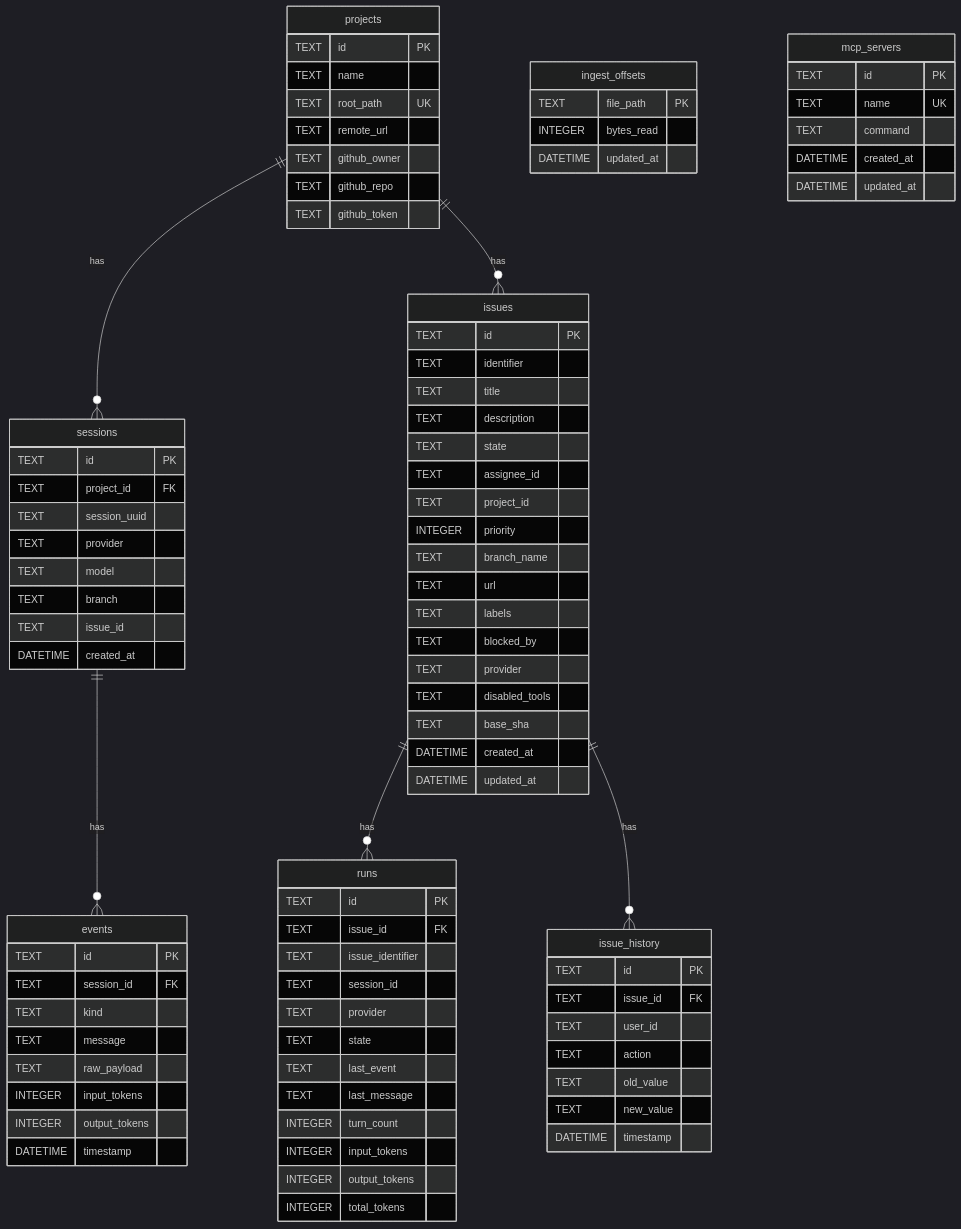
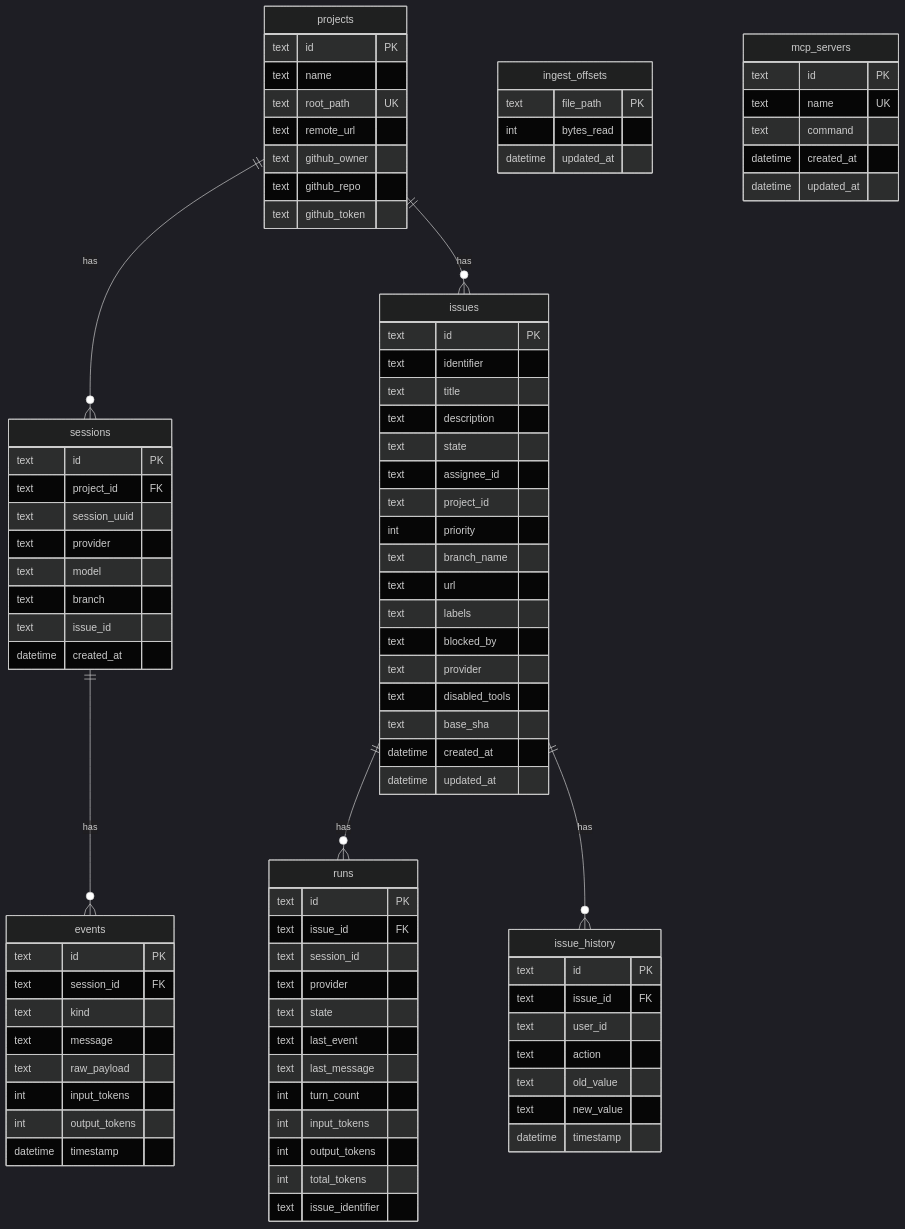
The first of 3 diagrams in docs/backend/database.md (bradAGI/Orchestra), drawn with Mermaid (dark theme) before and after one commit. The commit also changed other lines of this file, not shown here.

````diff
--- a/docs/backend/database.md
+++ b/docs/backend/database.md
@@ -31,93 +44,93 @@
     issues ||--o{ issue_history : "has"
 
     projects {
-        TEXT id PK
-        TEXT name
-        TEXT root_path UK
-        TEXT remote_url
-        TEXT github_owner
-        TEXT github_repo
-        TEXT github_token
+        text id PK
+        text name
+        text root_path UK
+        text remote_url
+        text github_owner
+        text github_repo
+        text github_token
     }
 
     sessions {
-        TEXT id PK
-        TEXT project_id FK
-        TEXT session_uuid
-        TEXT provider
-        TEXT model
-        TEXT branch
-        TEXT issue_id
-        DATETIME created_at
+        text id PK
+        text project_id FK
+        text session_uuid
+        text provider
+        text model
+        text branch
+        text issue_id
+        datetime created_at
     }
 
     events {
-        TEXT id PK
-        TEXT session_id FK
-        TEXT kind
-        TEXT message
-        TEXT raw_payload
-        INTEGER input_tokens
-        INTEGER output_tokens
-        DATETIME timestamp
+        text id PK
+        text session_id FK
+        text kind
+        text message
+        text raw_payload
+        int input_tokens
+        int output_tokens
+        datetime timestamp
     }
 
     issues {
-        TEXT id PK
-        TEXT identifier
-        TEXT title
-        TEXT description
-        TEXT state
-        TEXT assignee_id
-        TEXT project_id
-        INTEGER priority
-        TEXT branch_name
-        TEXT url
-        TEXT labels
-        TEXT blocked_by
-        TEXT provider
-        TEXT disabled_tools
-        TEXT base_sha
-        DATETIME created_at
-        DATETIME updated_at
+        text id PK
+        text identifier
+        text title
+        text description
+        text state
+        text assignee_id
+        text project_id
+        int priority
+        text branch_name
+        text url
+        text labels
+        text blocked_by
+        text provider
+        text disabled_tools
+        text base_sha
+        datetime created_at
+        datetime updated_at
     }
 
     runs {
-        TEXT id PK
-        TEXT issue_id FK
-        TEXT issue_identifier
-        TEXT session_id
-        TEXT provider
-        TEXT state
-        TEXT last_event
-        TEXT last_message
-        INTEGER turn_count
-        INTEGER input_tokens
-        INTEGER output_tokens
-        INTEGER total_tokens
+        text id PK
+        text issue_id FK
+        text session_id
+        text provider
+        text state
+        text last_event
+        text last_message
+        int turn_count
+        int input_tokens
+        int output_tokens
+        int total_tokens
+        text issue_identifier
+    }
+
+    ingest_offsets {
+        text file_path PK
+        int bytes_read
+        datetime updated_at
+    }
+
+    mcp_servers {
+        text id PK
+        text name UK
+        text command
+        datetime created_at
+        datetime updated_at
     }
 
     issue_history {
-        TEXT id PK
-        TEXT issue_id FK
-        TEXT user_id
-        TEXT action
-        TEXT old_value
-        TEXT new_value
-        DATETIME timestamp
-    }
-
-    ingest_offsets {
-        TEXT file_path PK
-        INTEGER bytes_read
-        DATETIME updated_at
-    }
-
-    mcp_servers {
-        TEXT id PK
-        TEXT name UK
-        TEXT command
-        DATETIME created_at
-        DATETIME updated_at
+        text id PK
+        text issue_id FK
+        text user_id
+        text action
+        text old_value
+        text new_value
+        datetime timestamp
     }
 ```
````
